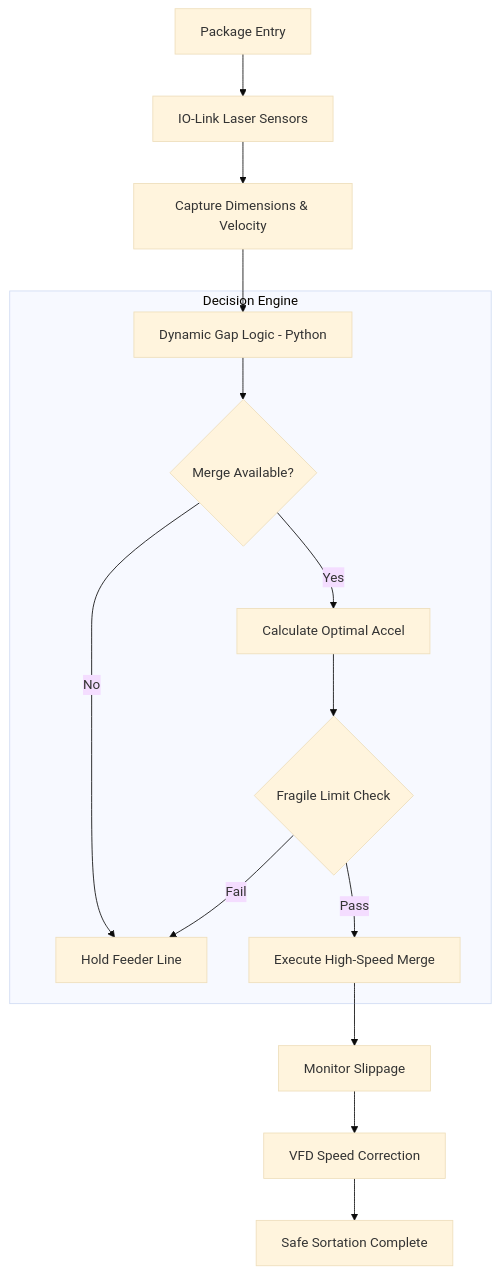
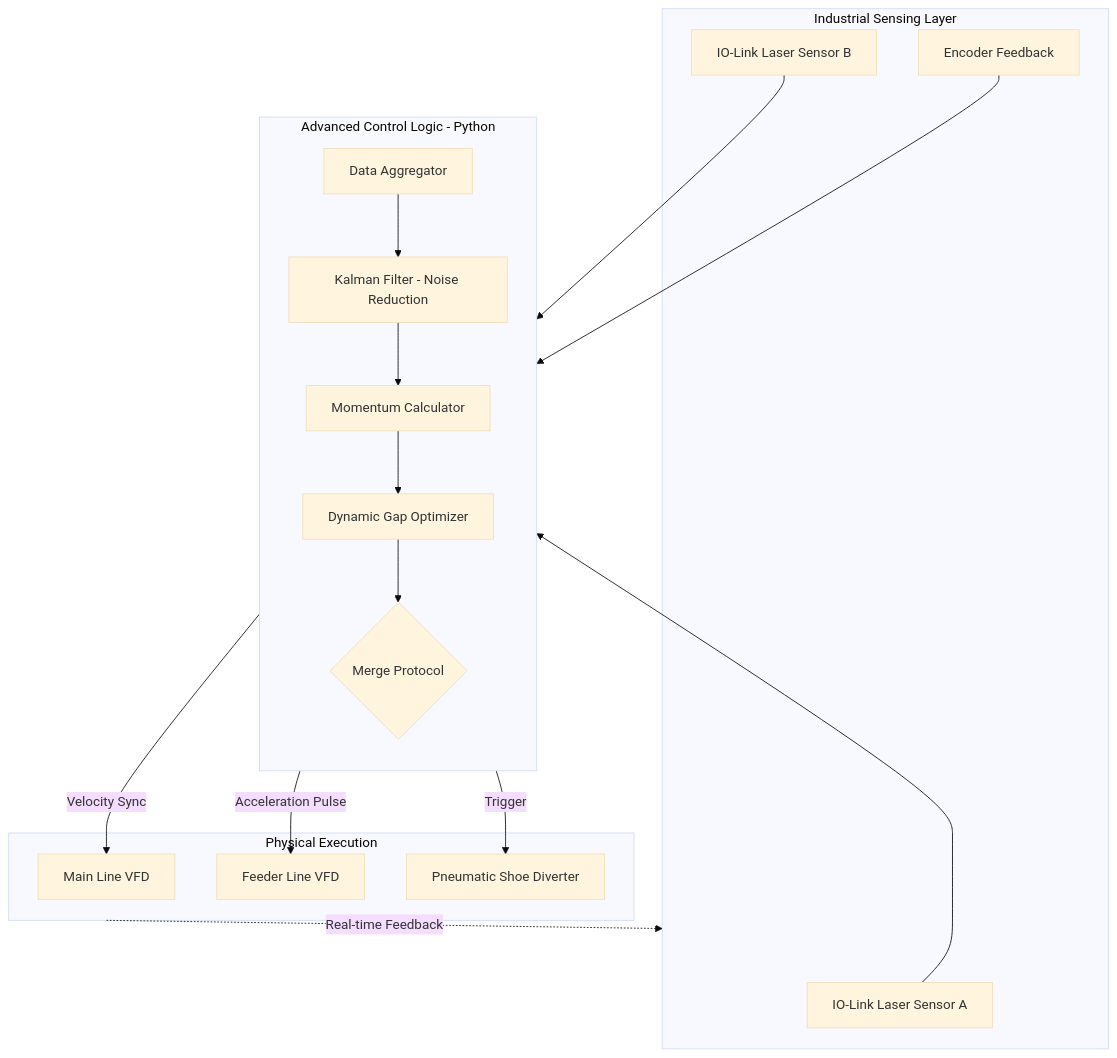
One commit to Aftab0904/Intelligent-Sortation-Gap-Control-System changed the diagram in README.md. Above: the diagram before and after it, drawn with Mermaid (base theme). The commit also changed other lines of this file, not shown here.

Commit message:
modified architecture

````diff
--- a/README.md
+++ b/README.md
@@ -25,19 +25,29 @@
 ```mermaid
-graph TD
-    Start[Package Entry] --> Sensors[IO-Link Laser Sensors]
-    Sensors --> Data[Capture Dimensions & Velocity]
-    Data --> Controller[Dynamic Gap Logic - Python]
-    
-    subgraph Decision Engine
-    Controller --> Merge{Merge Available?}
-    Merge -- Yes --> Accel[Calculate Optimal Accel]
-    Merge -- No --> Wait[Hold Feeder Line]
-    Accel --> Limit{Fragile Limit Check}
-    Limit -- Pass --> Execute[Execute High-Speed Merge]
-    Limit -- Fail --> Wait
+graph TB
+    subgraph Sensing_Layer [Industrial Sensing Layer]
+        S1[IO-Link Laser Sensor A]
+        S2[IO-Link Laser Sensor B]
+        S3[Encoder Feedback]
     end
-    
-    Execute --> Feedback[Monitor Slippage]
-    Feedback --> VFD[VFD Speed Correction]
-    VFD --> Success[Safe Sortation Complete]
+
+    subgraph Logic_Engine [Advanced Control Logic - Python]
+        direction TB
+        Input[Data Aggregator] --> Filter[Kalman Filter - Noise Reduction]
+        Filter --> Momentum[Momentum Calculator]
+        Momentum --> GapCalc[Dynamic Gap Optimizer]
+        GapCalc --> Decision{Merge Protocol}
+    end
+
+    subgraph Actuation_Layer [Physical Execution]
+        VFD1[Main Line VFD]
+        VFD2[Feeder Line VFD]
+        Diverter[Pneumatic Shoe Diverter]
+    end
+
+    S1 & S2 & S3 --> Input
+    Decision -- Acceleration Pulse --> VFD2
+    Decision -- Velocity Sync --> VFD1
+    Decision -- Trigger --> Diverter
+
+    Actuation_Layer -. Real-time Feedback .-> Sensing_Layer
 ```
````
